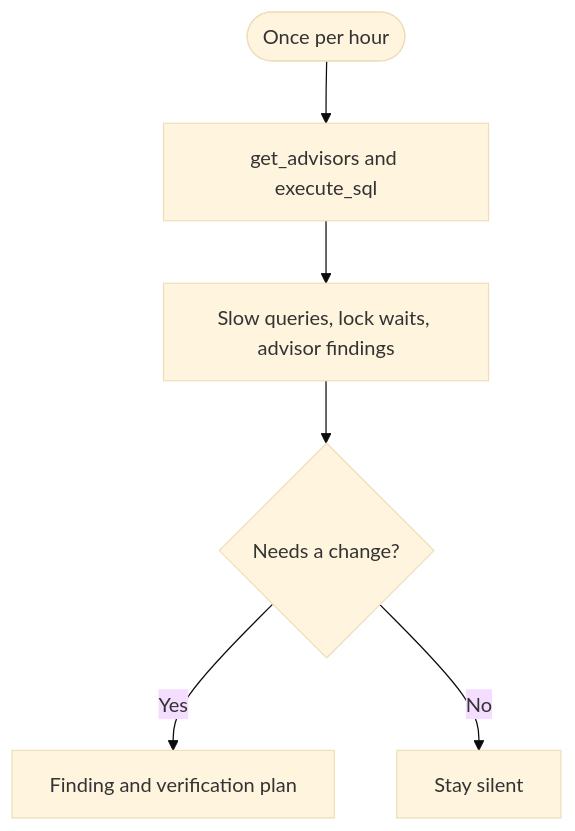
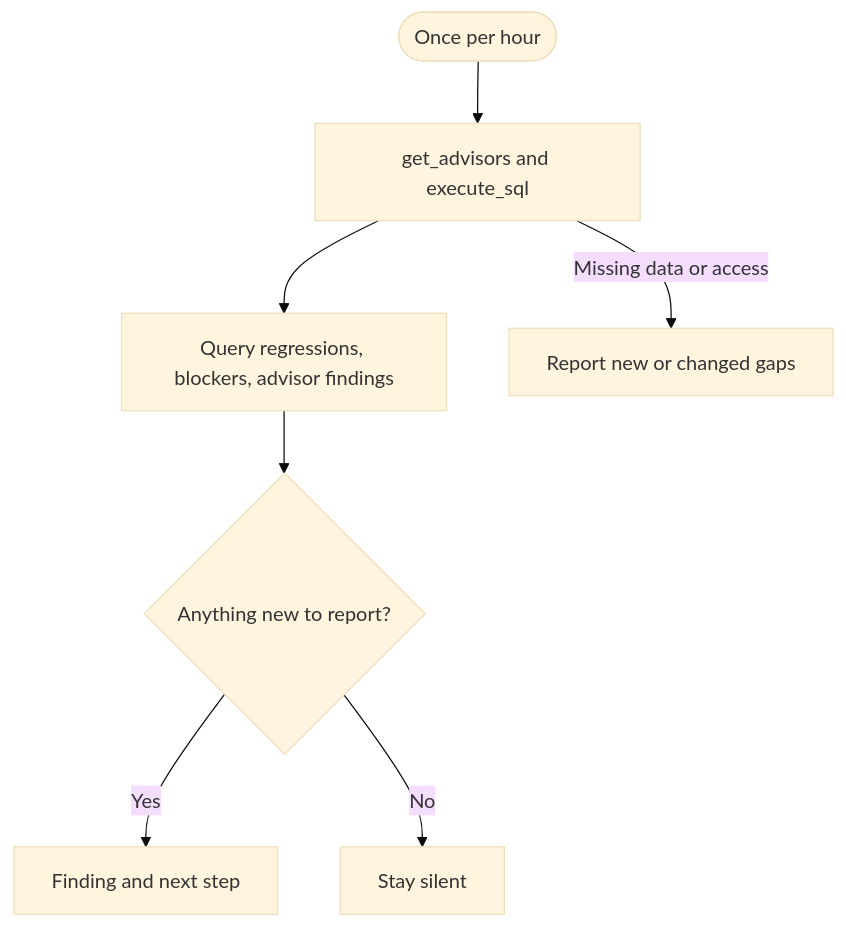
The diagram in apps/docs/content/guides/observability/automate-with-agents/performance.mdx (supabase/supabase), drawn with Mermaid (base theme) before and after one commit. The commit also changed other lines of this file and 10 other files, not shown here.

````diff
--- a/apps/docs/content/guides/observability/automate-with-agents/performance.mdx
+++ b/apps/docs/content/guides/observability/automate-with-agents/performance.mdx
@@ -8,8 +8,9 @@
 ```mermaid
 flowchart TD
   Schedule([Once per hour]) --> Inspect[get_advisors and execute_sql]
-  Inspect --> Signals["Slow queries, lock waits, advisor findings"]
-  Signals --> Review{Needs a change?}
-  Review -->|Yes| Report[Finding and verification plan]
+  Inspect --> Signals["Query regressions, blockers, advisor findings"]
+  Signals --> Review{Anything new to report?}
+  Review -->|Yes| Report[Finding and next step]
   Review -->|No| Silent[Stay silent]
+  Inspect -->|Missing data or access| Gap[Report new or changed gaps]
 ```
````
